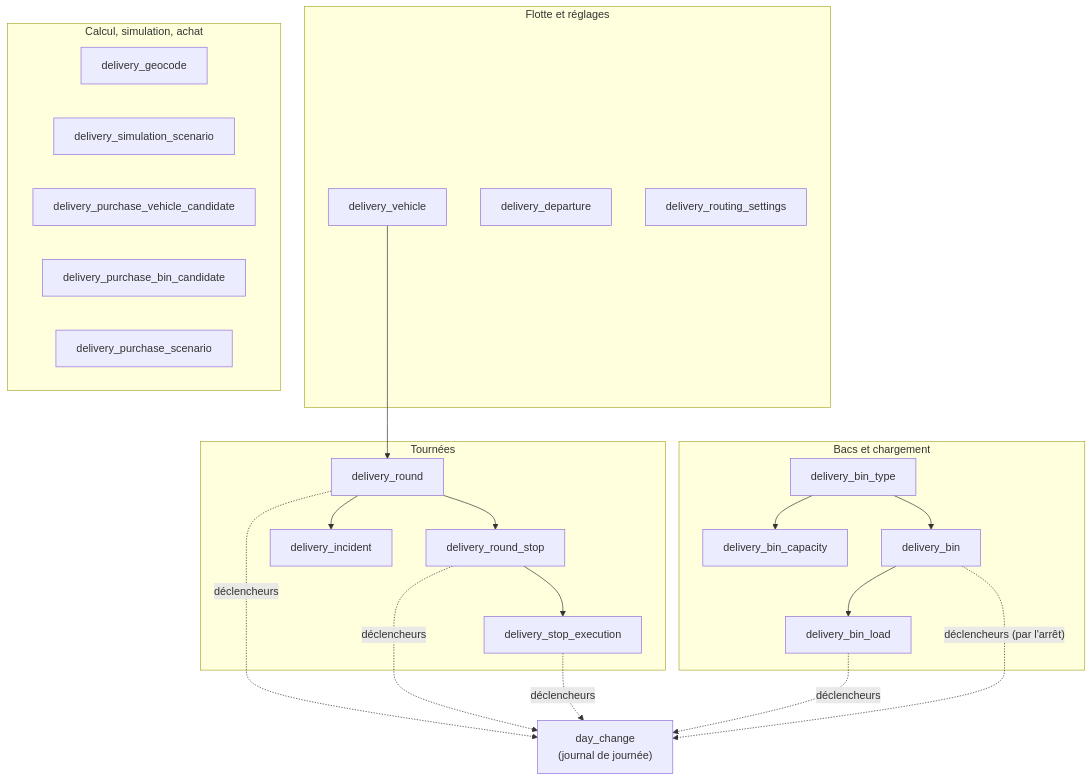
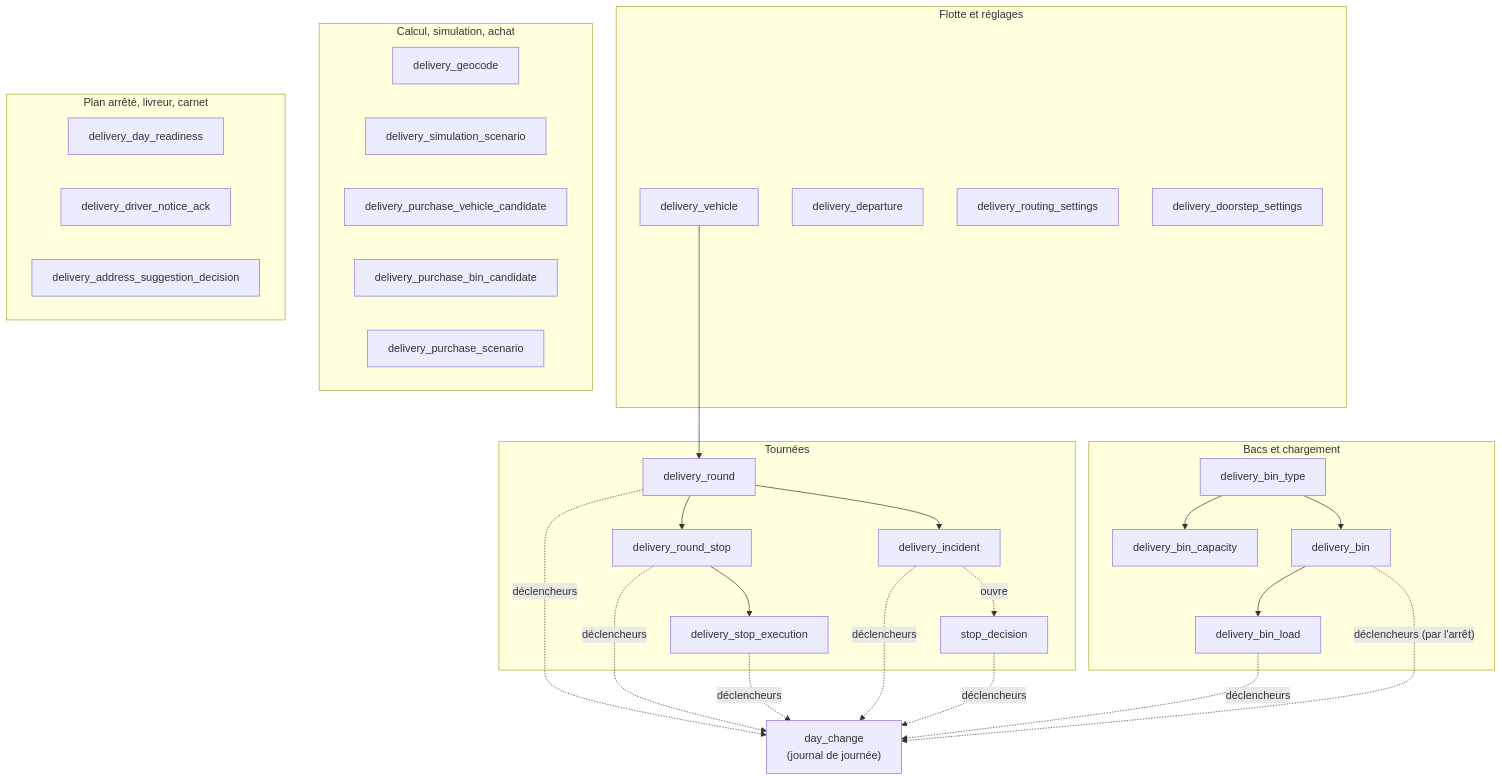
Before and after one commit to hugoheynard/lfd: the first of 2 diagrams in documentation/livraisons/architecture-isolation-livraison.md, drawn with Mermaid. The commit also changed other lines of this file and 31 other files, not shown here.

````diff
--- a/documentation/livraisons/architecture-isolation-livraison.md
+++ b/documentation/livraisons/architecture-isolation-livraison.md
@@ -43,38 +50,48 @@
 ```mermaid
 flowchart TB
   subgraph flotte["Flotte et réglages"]
     V["delivery_vehicle"]
     D["delivery_departure"]
     RS["delivery_routing_settings"]
+    DS["delivery_doorstep_settings"]
   end
   subgraph tournees["Tournées"]
     R["delivery_round"]
     RST["delivery_round_stop"]
     SE["delivery_stop_execution"]
     INC["delivery_incident"]
+    SD["stop_decision"]
   end
   subgraph bacs["Bacs et chargement"]
     BT["delivery_bin_type"]
     BC["delivery_bin_capacity"]
     B["delivery_bin"]
     BL["delivery_bin_load"]
   end
   subgraph autres["Calcul, simulation, achat"]
     G["delivery_geocode"]
     SS["delivery_simulation_scenario"]
     PV["delivery_purchase_vehicle_candidate"]
     PB["delivery_purchase_bin_candidate"]
     PS["delivery_purchase_scenario"]
   end
+  subgraph suivi["Plan arrêté, livreur, carnet"]
+    DR["delivery_day_readiness"]
+    NA["delivery_driver_notice_ack"]
+    AS["delivery_address_suggestion_decision"]
+  end
   J["day_change<br/>(journal de journée)"]
   V --> R
   R --> RST --> SE
   R --> INC
+  INC -. "ouvre" .-> SD
   BT --> BC
   BT --> B --> BL
   R -. déclencheurs .-> J
   RST -. déclencheurs .-> J
   SE -. déclencheurs .-> J
+  INC -. déclencheurs .-> J
+  SD -. déclencheurs .-> J
   BL -. déclencheurs .-> J
   B -. "déclencheurs (par l'arrêt)" .-> J
 ```
````
